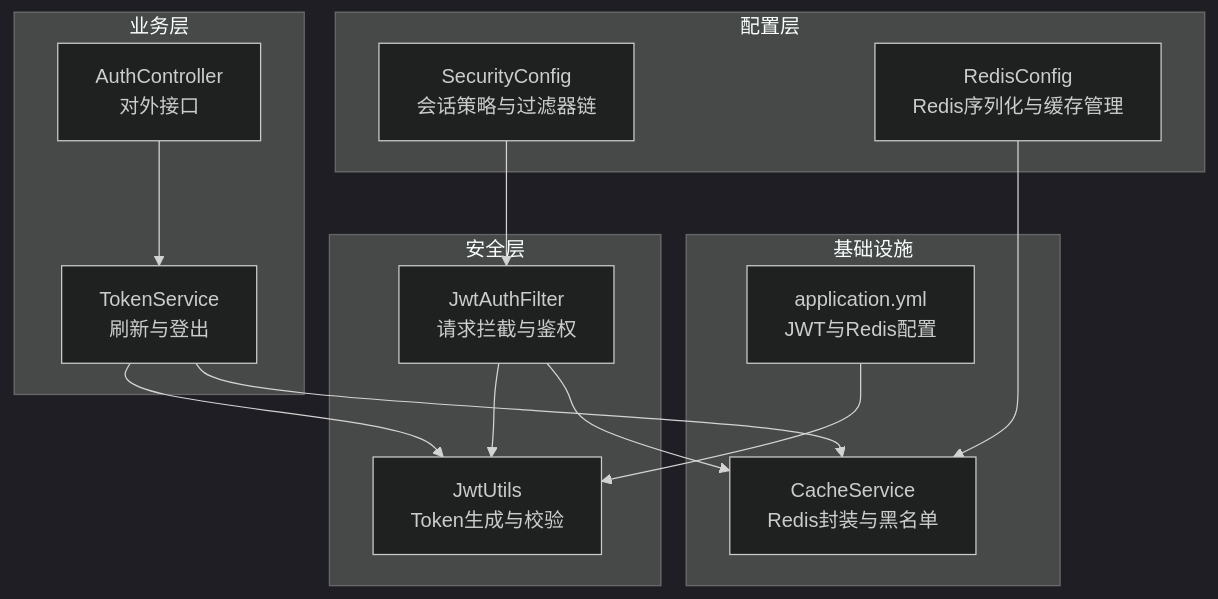
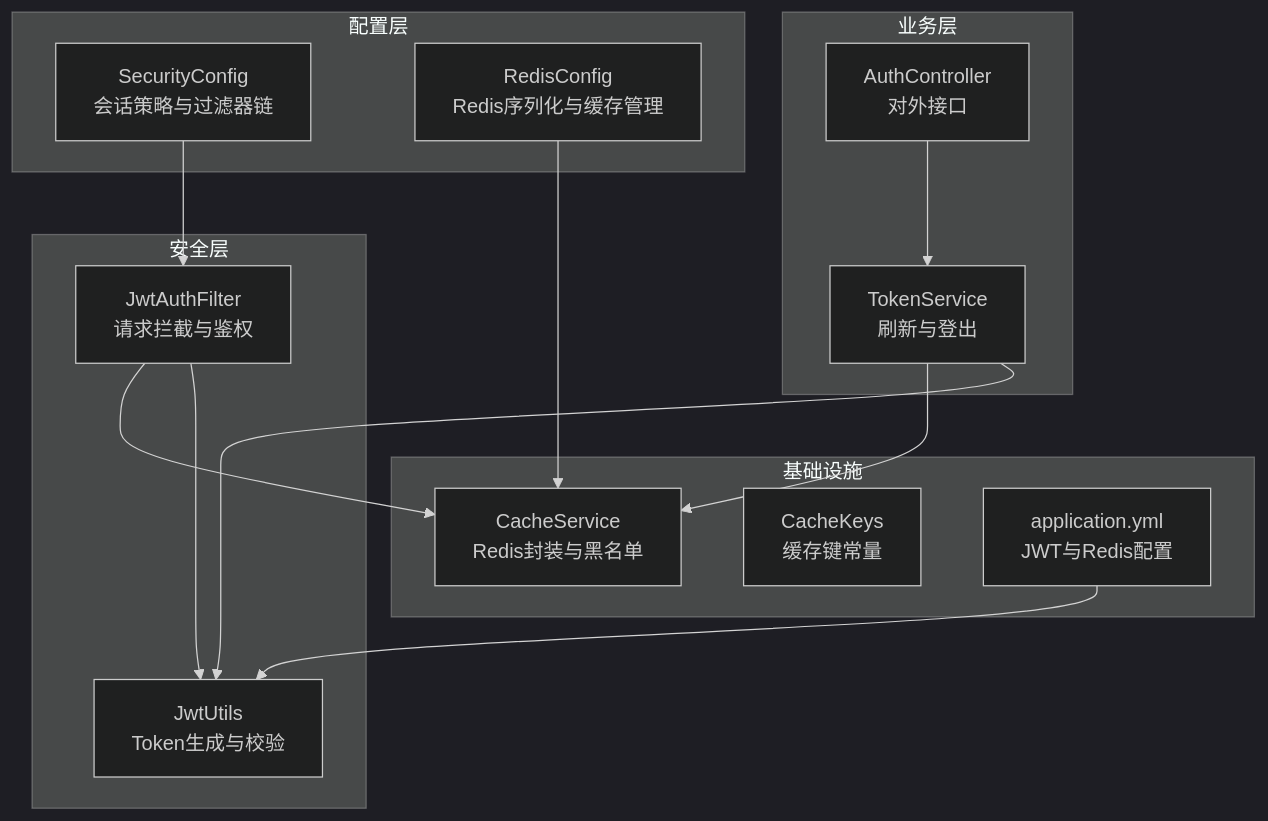
One commit to PersonNoName/FreeTrader changed the first of 6 diagrams in .qoder/repowiki/zh/content/安全系统/Token 管理与会话控制.md. Above: the diagram before and after it, drawn with Mermaid (dark theme). The commit also changed other lines of this file and 10 other files, not shown here.

````diff
--- a/.qoder/repowiki/zh/content/安全系统/Token 管理与会话控制.md
+++ b/.qoder/repowiki/zh/content/安全系统/Token 管理与会话控制.md
@@ -47,27 +57,28 @@
 ```mermaid
 graph TB
 subgraph "配置层"
 SC["SecurityConfig<br/>会话策略与过滤器链"]
 RC["RedisConfig<br/>Redis序列化与缓存管理"]
 end
 subgraph "安全层"
 JAF["JwtAuthFilter<br/>请求拦截与鉴权"]
 JU["JwtUtils<br/>Token生成与校验"]
 end
 subgraph "业务层"
 TS["TokenService<br/>刷新与登出"]
 AC["AuthController<br/>对外接口"]
 end
 subgraph "基础设施"
 CS["CacheService<br/>Redis封装与黑名单"]
+CK["CacheKeys<br/>缓存键常量"]
 YML["application.yml<br/>JWT与Redis配置"]
 end
 AC --> TS
 TS --> JU
 TS --> CS
 JAF --> JU
 JAF --> CS
 SC --> JAF
 RC --> CS
 YML --> JU
 ```
````
